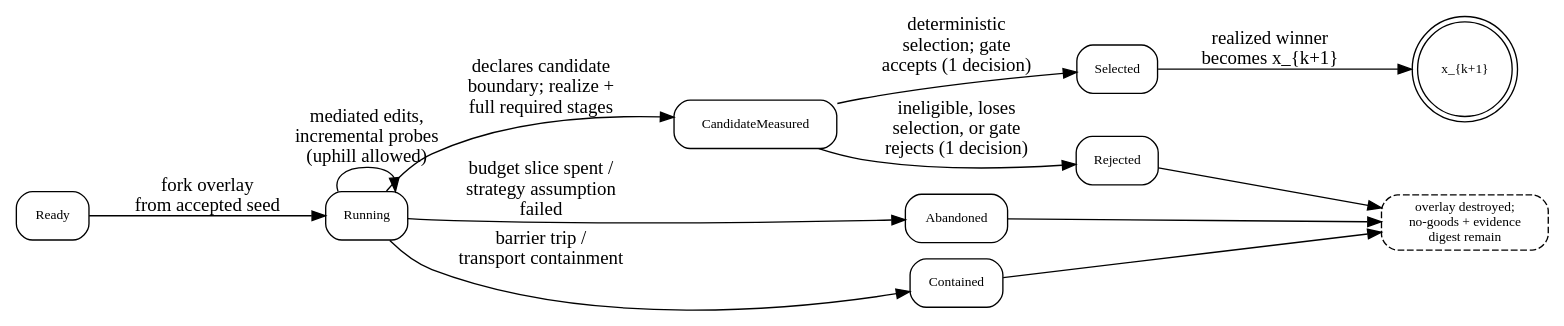
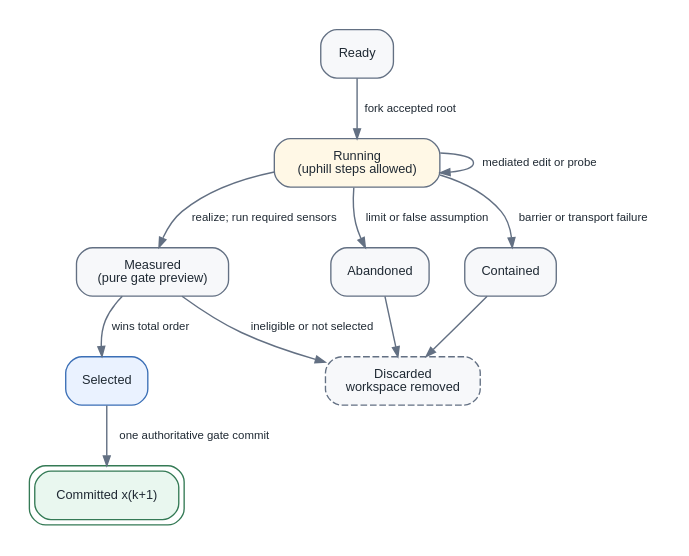
One commit to eonseed/perspt changed the second of 5 diagrams in docs/psps/source/psp-000010.rst. Above: the diagram before and after it, drawn with Graphviz. The commit also changed other lines of this file and 3 other files, not shown here.

Commit message:
docs(psps): add search trajectory figure script, SVG diagram, conf.py, and update PSP-10

```diff
--- a/docs/psps/source/psp-000010.rst
+++ b/docs/psps/source/psp-000010.rst
@@ -630,22 +526,37 @@
 .. graphviz::
+   :caption: A branch may fail freely. Only one selected candidate reaches the gate.
+   :align: center
 
    digraph branch_lifecycle {
-       rankdir=LR;
-       node [shape=box, style=rounded, fontsize=10];
-       Ready -> Running [label="fork overlay\nfrom accepted seed"];
-       Running -> Running [label="mediated edits,\nincremental probes\n(uphill allowed)"];
-       Running -> CandidateMeasured
-           [label="declares candidate\nboundary; realize +\nfull required stages"];
-       Running -> Abandoned [label="budget slice spent /\nstrategy assumption\nfailed"];
-       Running -> Contained [label="barrier trip /\ntransport containment"];
-       CandidateMeasured -> Selected
-           [label="deterministic\nselection; gate\naccepts (1 decision)"];
-       CandidateMeasured -> Rejected
-           [label="ineligible, loses\nselection, or gate\nrejects (1 decision)"];
-       Selected -> Merged [label="realized winner\nbecomes x_{k+1}"];
-       Merged [shape=doublecircle, label="x_{k+1}"];
-       Rejected -> Discarded; Abandoned -> Discarded;
-       Contained -> Discarded;
-       Discarded [shape=box, style="rounded,dashed",
-                  label="overlay destroyed;\nno-goods + evidence\ndigest remain"];
+       graph [rankdir=TB, bgcolor="#FFFFFF", pad="0.20",
+              nodesep="0.35", ranksep="0.50", fontname="Helvetica"];
+       node [shape=box, style="rounded,filled", fillcolor="#F7F8FA",
+             color="#637083", fontcolor="#1F2933", fontname="Helvetica", fontsize=9.5,
+             margin="0.13,0.08"];
+       edge [color="#637083", fontcolor="#1F2933", fontname="Helvetica", fontsize=8.5,
+             arrowsize=0.72, penwidth=1.05];
+
+       ready [label="Ready"];
+       running [label="Running\n(uphill steps allowed)", fillcolor="#FFF8E6"];
+       measured [label="Measured\n(pure gate preview)"];
+       selected [label="Selected", fillcolor="#EAF2FF", color="#3B6FB6"];
+       committed [label="Committed x(k+1)", shape=box, peripheries=2,
+                  style="rounded,filled", fillcolor="#E9F7EF", color="#347A55"];
+       abandoned [label="Abandoned"];
+       contained [label="Contained"];
+       discarded [label="Discarded\nworkspace removed",
+                  style="rounded,dashed,filled", fillcolor="#F7F8FA"];
+
+       {rank=same; measured; abandoned; contained;}
+
+       ready -> running [label="fork accepted root"];
+       running -> running [label="mediated edit or probe"];
+       running -> measured [label="realize; run required sensors"];
+       running -> abandoned [label="limit or false assumption"];
+       running -> contained [label="barrier or transport failure"];
+       measured -> selected [label="wins total order"];
+       measured -> discarded [label="ineligible or not selected"];
+       selected -> committed [label="one authoritative gate commit"];
+       abandoned -> discarded;
+       contained -> discarded;
    }
```
